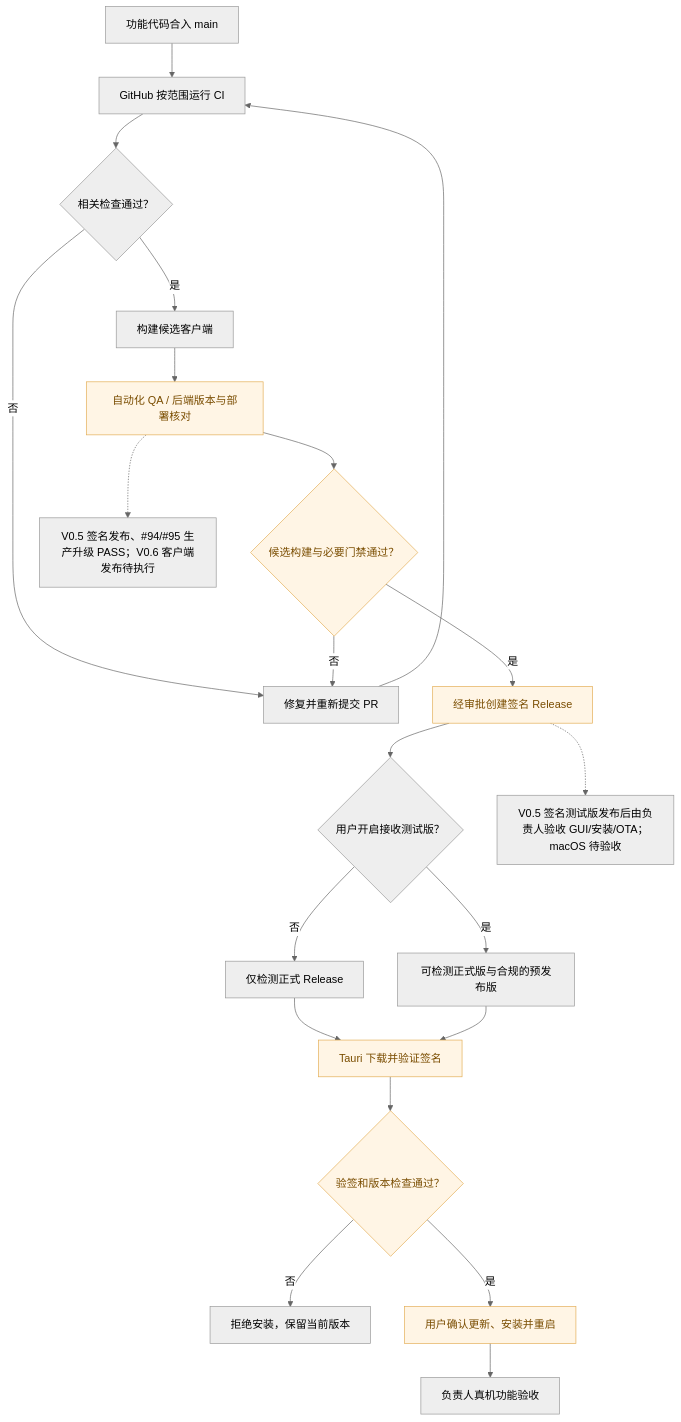
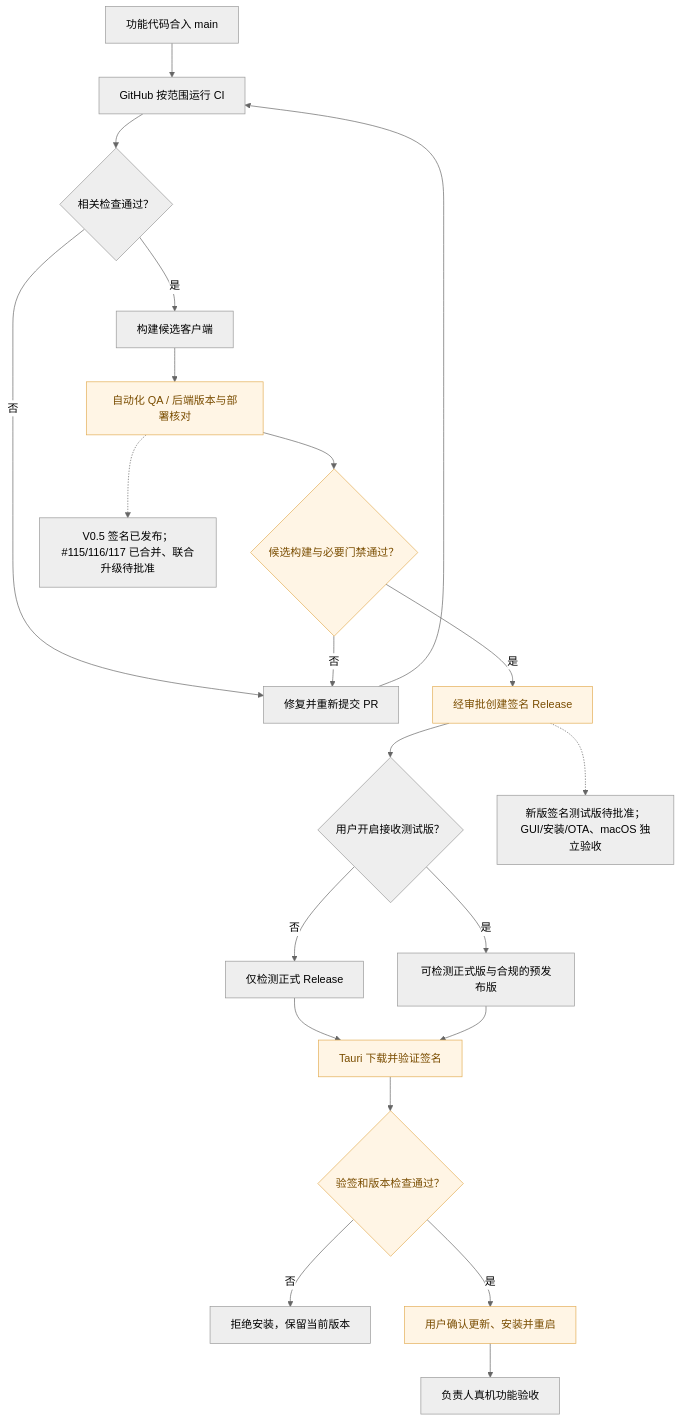
One commit to Fan6512/una-seller changed the ninth of 9 diagrams in docs/product/FEATURE-STATUS.md. Above: the diagram before and after it, drawn with Mermaid (neutral theme). The commit also changed other lines of this file, not shown here.

```diff
--- a/docs/product/FEATURE-STATUS.md
+++ b/docs/product/FEATURE-STATUS.md
@@ -473,27 +503,27 @@
 ~~~mermaid
 flowchart TD
     A["功能代码合入 main"] --> B["GitHub 按范围运行 CI"]
     B --> C{"相关检查通过？"}
     C -->|否| D["修复并重新提交 PR"]
     D --> B
     C -->|是| E["构建候选客户端"]
     E --> F["自动化 QA / 后端版本与部署核对"]
     F --> G{"候选构建与必要门禁通过？"}
     G -->|否| D
     G -->|是| H["经审批创建签名 Release"]
     H --> I{"用户开启接收测试版？"}
     I -->|否| J["仅检测正式 Release"]
     I -->|是| K["可检测正式版与合规的预发布版"]
     J --> L["Tauri 下载并验证签名"]
     K --> L
     L --> M{"验签和版本检查通过？"}
     M -->|否| N["拒绝安装，保留当前版本"]
     M -->|是| O["用户确认更新、安装并重启"]
 
-    F -.-> P["V0.5 签名发布、#94/#95 生产升级 PASS；V0.6 客户端发布待执行"]
-    H -.-> Q["V0.5 签名测试版发布后由负责人验收 GUI/安装/OTA；macOS 待验收"]
+    F -.-> P["V0.5 签名已发布；#115/116/117 已合并、联合升级待批准"]
+    H -.-> Q["新版签名测试版待批准；GUI/安装/OTA、macOS 独立验收"]
     O --> R["负责人真机功能验收"]
 
     classDef verify fill:#fff5e5,color:#7a4d00,stroke:#e3ae56
     class F,G,H,L,M,O verify
 ~~~
```
